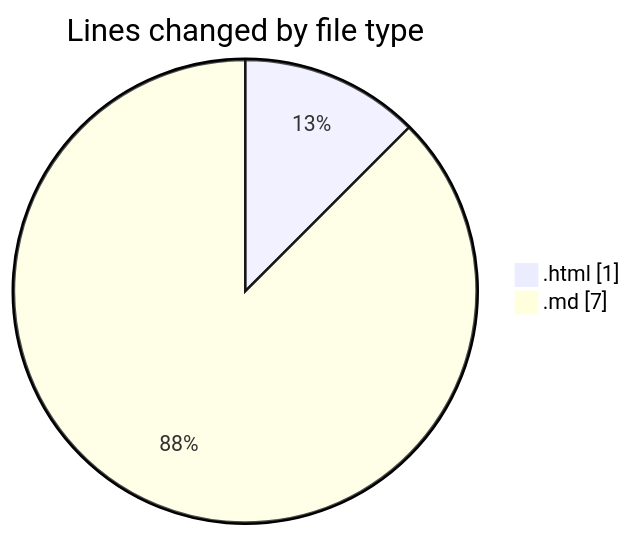
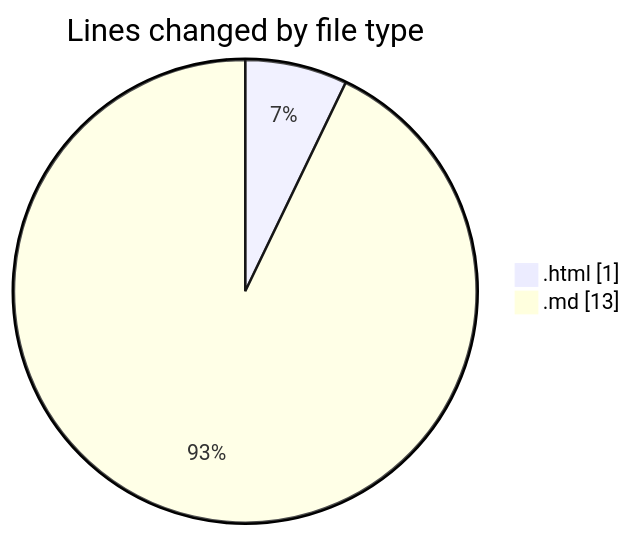
The first of 2 diagrams in 2025-07-08/urlwebwala_intership_work/README.md (Ritupan-Deka/code-tracking), drawn with Mermaid before and after one commit. The commit also changed other lines of this file and 1 other file, not shown here.

````diff
--- a/2025-07-08/urlwebwala_intership_work/README.md
+++ b/2025-07-08/urlwebwala_intership_work/README.md
@@ -21,6 +21,6 @@
 ```mermaid
 pie showData
 title Lines changed by file type
 ".html" : 1
-".md" : 7
+".md" : 13
 ```
````
